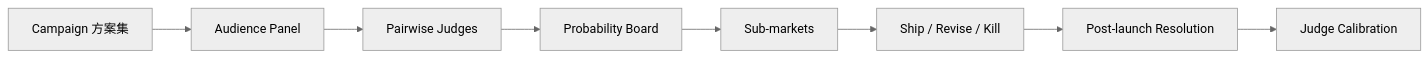
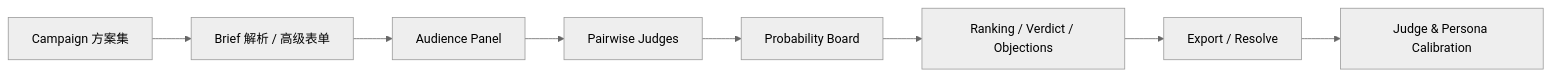
The diagram in README.md (fantasyslr/MiroFishmoody), drawn with Mermaid (neutral theme) before and after one commit. The commit also changed other lines of this file and 10 other files, not shown here.

Commit message:
docs: refresh release notes and brandiction roadmap

````diff
--- a/README.md
+++ b/README.md
@@ -243,10 +86,10 @@
 ```mermaid
 flowchart LR
-  A["Campaign 方案集"] --> B["Audience Panel"]
-  B --> C["Pairwise Judges"]
-  C --> D["Probability Board"]
-  D --> E["Sub-markets"]
-  E --> F["Ship / Revise / Kill"]
-  F --> G["Post-launch Resolution"]
-  G --> H["Judge Calibration"]
+  A["Campaign 方案集"] --> B["Brief 解析 / 高级表单"]
+  B --> C["Audience Panel"]
+  C --> D["Pairwise Judges"]
+  D --> E["Probability Board"]
+  E --> F["Ranking / Verdict / Objections"]
+  F --> G["Export / Resolve"]
+  G --> H["Judge & Persona Calibration"]
 ```
````
